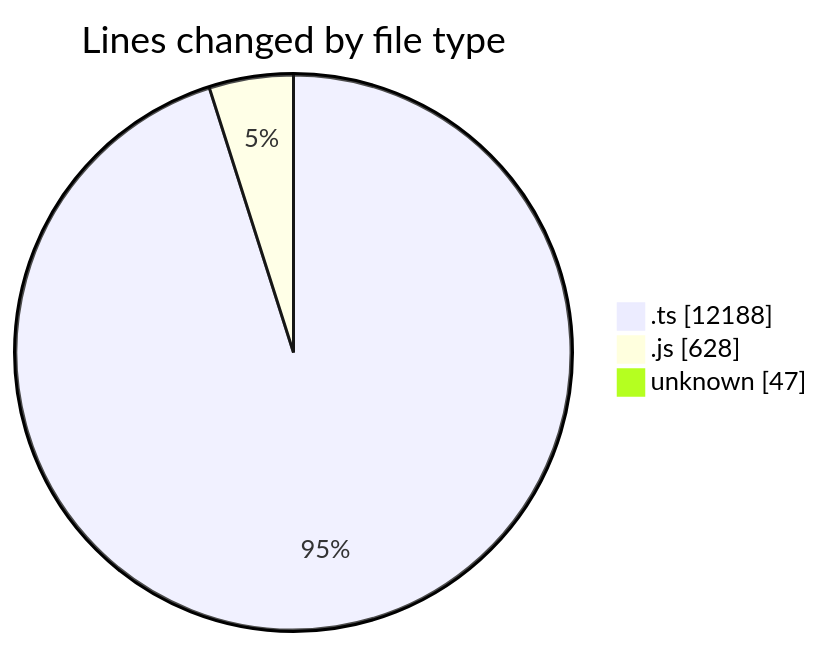
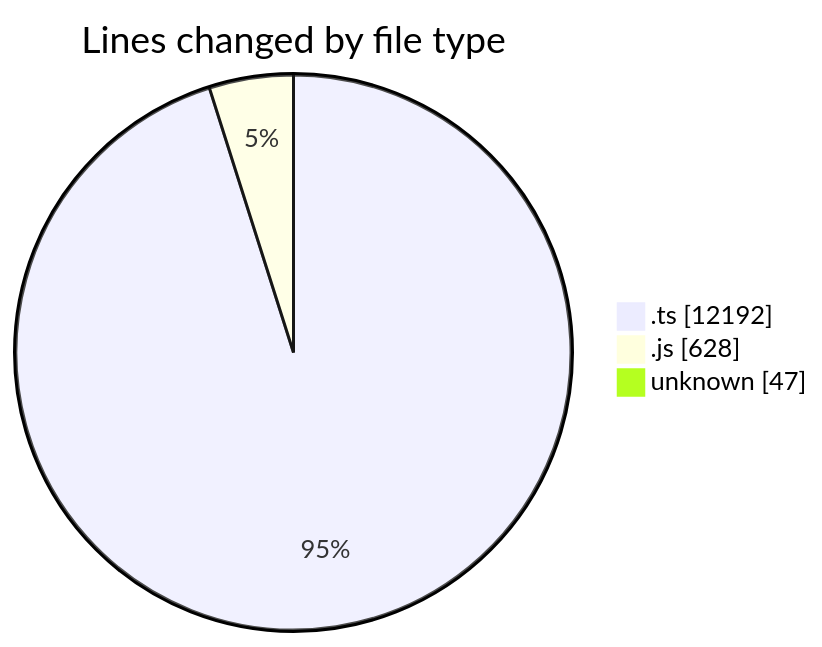
The first of 2 diagrams in 2025-09-05/cda/README.md (momahboobian/code-tracking), drawn with Mermaid before and after one commit. The commit also changed other lines of this file and 1 other file, not shown here.

````diff
--- a/2025-09-05/cda/README.md
+++ b/2025-09-05/cda/README.md
@@ -25,7 +25,7 @@
 ```mermaid
 pie showData
 title Lines changed by file type
-".ts" : 12188
+".ts" : 12192
 ".js" : 628
 "unknown" : 47
 ```
````
